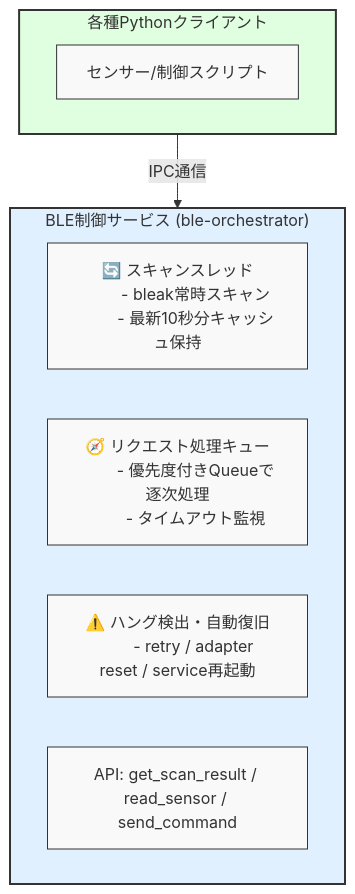
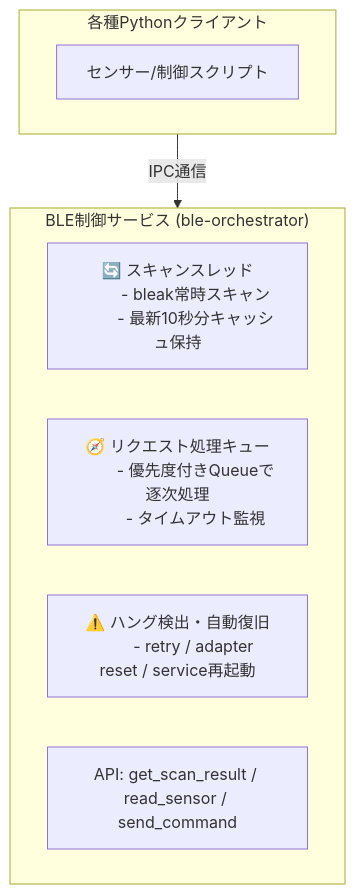
Before and after one commit to hikaruNagamine/ble-orchestrator: the diagram in README.md, drawn with Mermaid. The commit also changed other lines of this file, not shown here.

````diff
--- a/README.md
+++ b/README.md
@@ -47,30 +22,25 @@
 ```mermaid
-flowchart TD
+graph TD
     subgraph clients["各種Pythonクライアント"]
         client["センサー/制御スクリプト"]
     end
 
     subgraph orchestrator["BLE制御サービス (ble-orchestrator)"]
         scan["🔄 スキャンスレッド
         - bleak常時スキャン
         - 最新10秒分キャッシュ保持"]
         
         queue["🧭 リクエスト処理キュー
         - 優先度付きQueueで逐次処理
         - タイムアウト監視"]
         
         recovery["⚠️ ハング検出・自動復旧
         - retry / adapter reset / service再起動"]
         
         api["API: get_scan_result / read_sensor / send_command"]
     end
     
     clients -->|IPC通信| orchestrator
-    
-    classDef default fill:#f9f9f9,stroke:#333,stroke-width:1px
-    classDef orchestrator fill:#e0f0ff,stroke:#333,stroke-width:2px
-    classDef clients fill:#e0ffe0,stroke:#333,stroke-width:2px
-    
     class orchestrator orchestrator
     class clients clients
 ```
````
